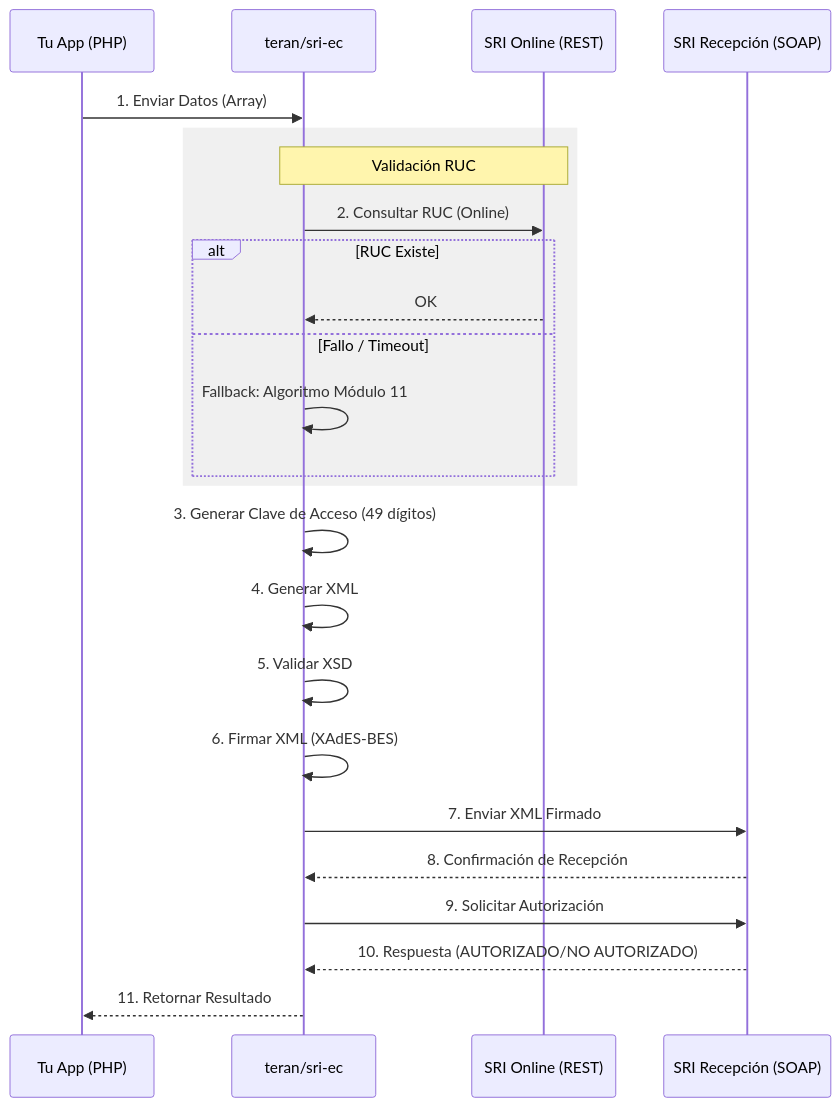
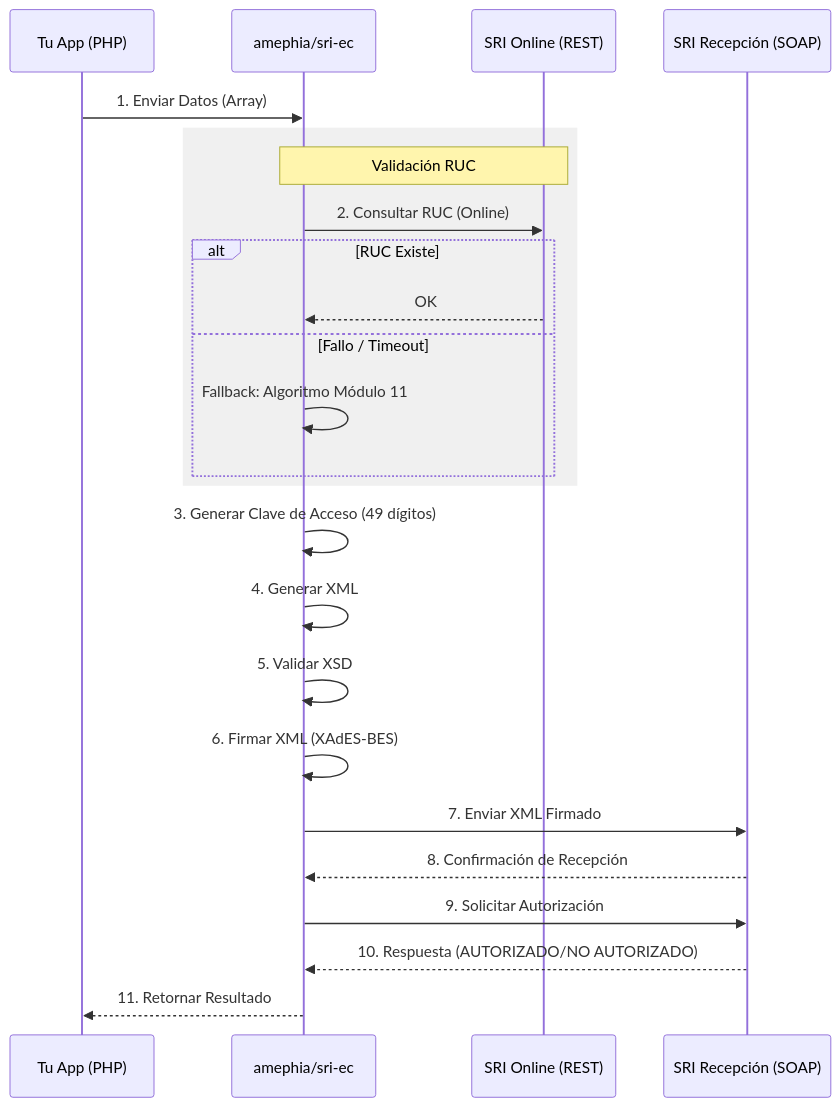
Before and after one commit to JonathanTeran/teran-sri-ec: the diagram in README.md, drawn with Mermaid. The commit also changed other lines of this file, not shown here.

Commit message:
Finalize README updates for amephia/sri-ec

````diff
--- a/README.md
+++ b/README.md
@@ -47,32 +47,32 @@
 ```mermaid
 sequenceDiagram
     participant App as Tu App (PHP)
-    participant Lib as teran/sri-ec
+    participant Lib as amephia/sri-ec
     participant SRI_REST as SRI Online (REST)
     participant SRI_SOAP as SRI Recepción (SOAP)
 
     App->>Lib: 1. Enviar Datos (Array)
 
     rect rgb(240, 240, 240)
         Note over Lib, SRI_REST: Validación RUC
         Lib->>SRI_REST: 2. Consultar RUC (Online)
         alt RUC Existe
             SRI_REST-->>Lib: OK
         else Fallo / Timeout
             Lib->>Lib: Fallback: Algoritmo Módulo 11
         end
     end
 
     Lib->>Lib: 3. Generar Clave de Acceso (49 dígitos)
     Lib->>Lib: 4. Generar XML
     Lib->>Lib: 5. Validar XSD
     Lib->>Lib: 6. Firmar XML (XAdES-BES)
 
     Lib->>SRI_SOAP: 7. Enviar XML Firmado
     SRI_SOAP-->>Lib: 8. Confirmación de Recepción
 
     Lib->>SRI_SOAP: 9. Solicitar Autorización
     SRI_SOAP-->>Lib: 10. Respuesta (AUTORIZADO/NO AUTORIZADO)
 
     Lib-->>App: 11. Retornar Resultado
 ```
````
